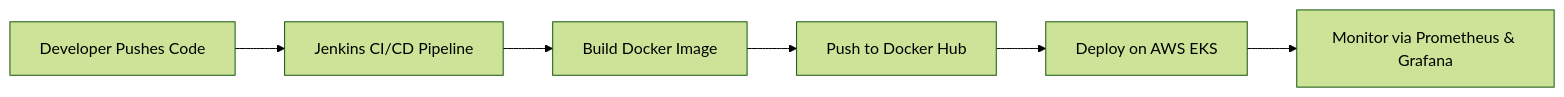
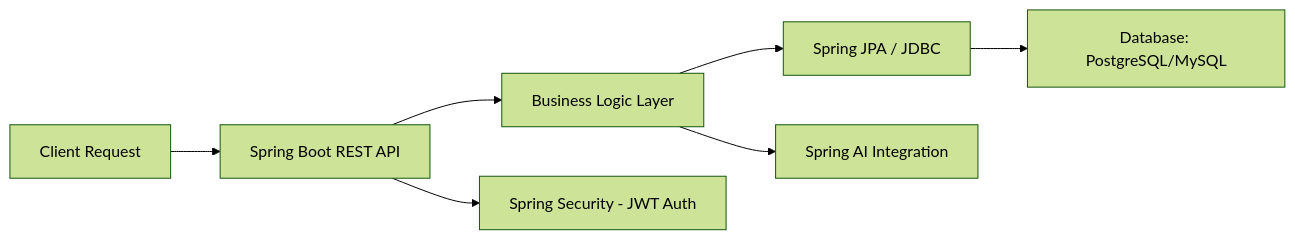
Before and after one commit to venkataramireddy1999/venkataramireddy1999: the diagram in README.md, drawn with Mermaid (forest theme). The commit also changed other lines of this file, not shown here.

````diff
--- a/README.md
+++ b/README.md
@@ -59,8 +42,9 @@
 ```mermaid
 flowchart LR
-A[Developer Pushes Code] --> B[Jenkins CI/CD Pipeline]
-B --> C[Build Docker Image]
-C --> D[Push to Docker Hub]
-D --> E[Deploy on AWS EKS]
-E --> F[Monitor via Prometheus & Grafana]
+A[Client Request] --> B[Spring Boot REST API]
+B --> C[Business Logic Layer]
+C --> D[Spring JPA / JDBC]
+D --> E[Database: PostgreSQL/MySQL]
+B --> F[Spring Security - JWT Auth]
+C --> G[Spring AI Integration]
 ```
````
